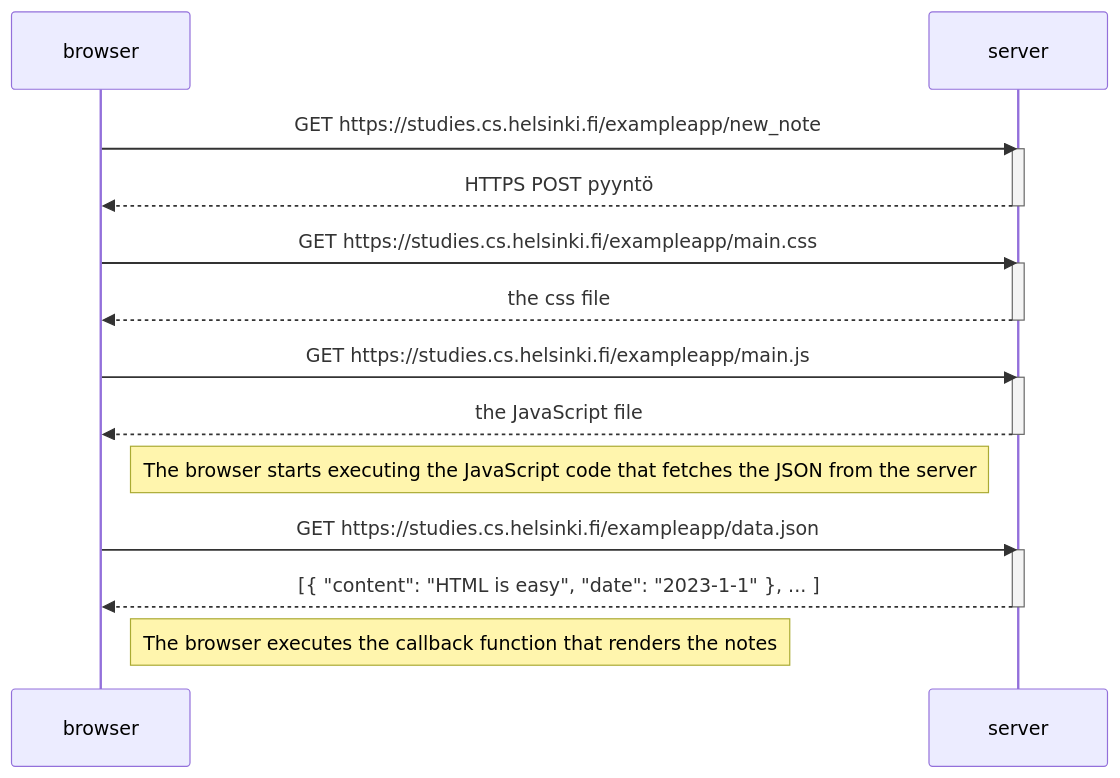
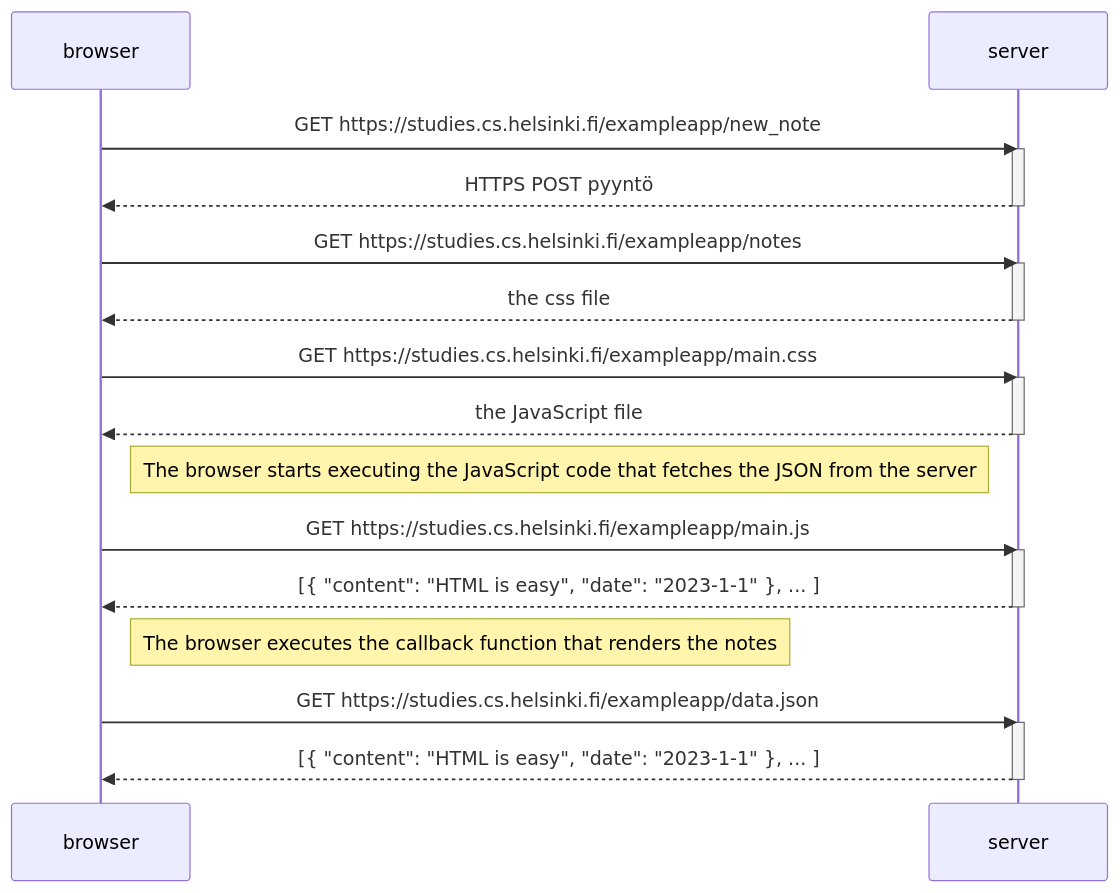
One commit to javaroys/fullstack changed the diagram in osa0/tehtava04.md. Above: the diagram before and after it, drawn with Mermaid.

````diff
--- a/osa0/tehtava04.md
+++ b/osa0/tehtava04.md
@@ -1,29 +1,34 @@
 ```mermaid
 sequenceDiagram
     participant browser
     participant server
     
     browser->>server: GET https://studies.cs.helsinki.fi/exampleapp/new_note
     activate server
     server-->>browser: HTTPS POST pyyntö
     deactivate server
     
-    browser->>server: GET https://studies.cs.helsinki.fi/exampleapp/main.css
+    browser->>server: GET https://studies.cs.helsinki.fi/exampleapp/notes
     activate server
     server-->>browser: the css file
     deactivate server
     
-    browser->>server: GET https://studies.cs.helsinki.fi/exampleapp/main.js
+    browser->>server: GET https://studies.cs.helsinki.fi/exampleapp/main.css
     activate server
     server-->>browser: the JavaScript file
     deactivate server
     
     Note right of browser: The browser starts executing the JavaScript code that fetches the JSON from the server
     
-    browser->>server: GET https://studies.cs.helsinki.fi/exampleapp/data.json
+    browser->>server: GET https://studies.cs.helsinki.fi/exampleapp/main.js
     activate server
     server-->>browser: [{ "content": "HTML is easy", "date": "2023-1-1" }, ... ]
     deactivate server    
 
     Note right of browser: The browser executes the callback function that renders the notes 
+
+    browser->>server: GET https://studies.cs.helsinki.fi/exampleapp/data.json
+    activate server
+    server-->>browser: [{ "content": "HTML is easy", "date": "2023-1-1" }, ... ]
+    deactivate server   
 ```
````
